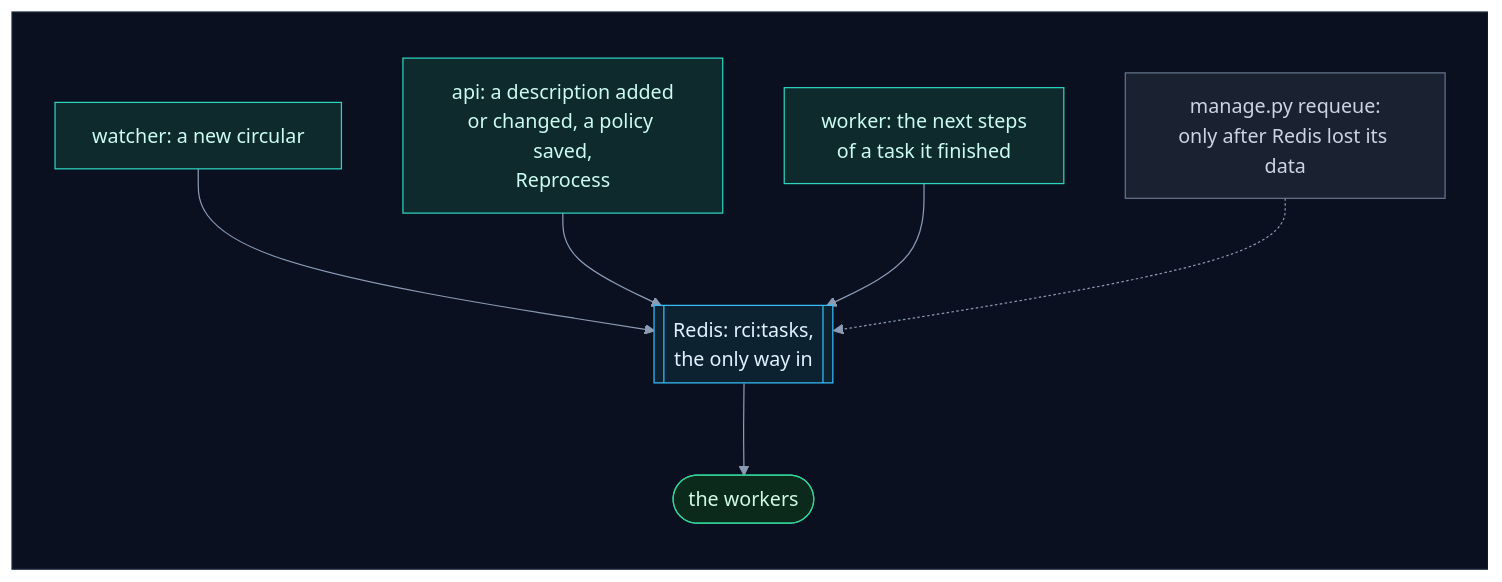
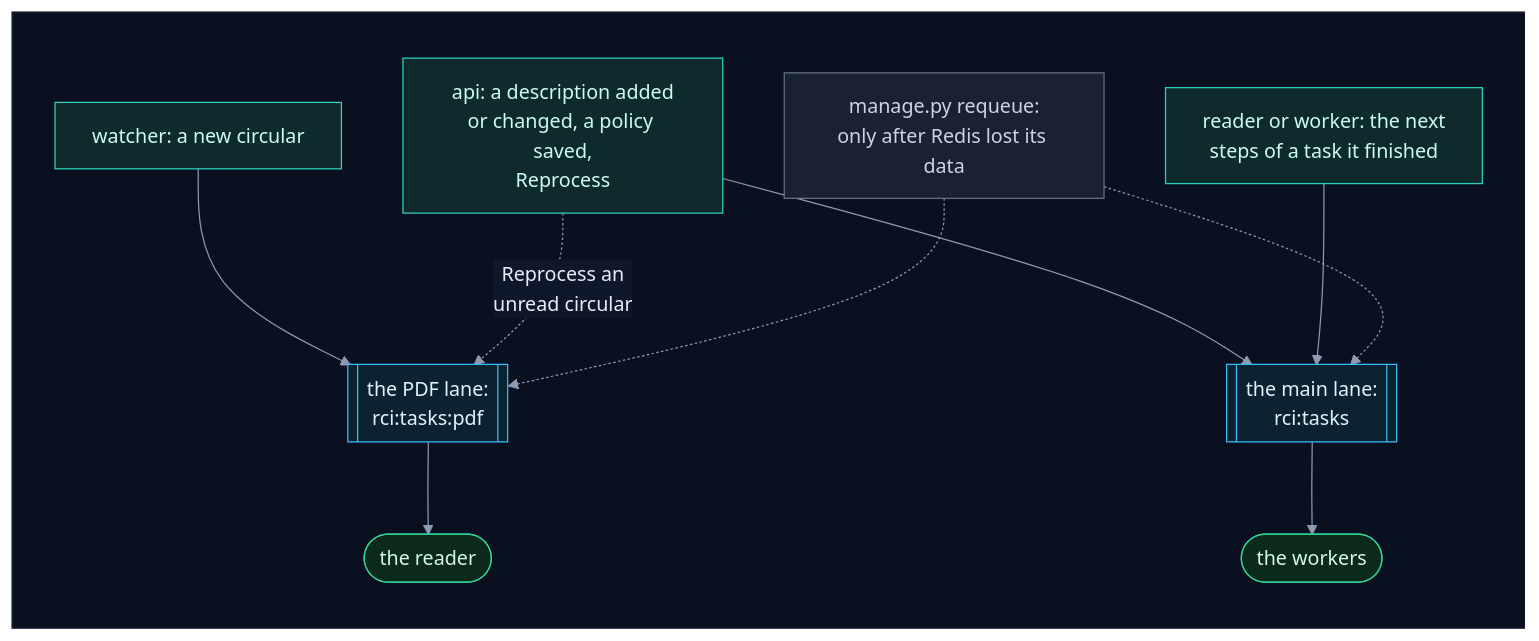
Before and after one commit to selvakumarperumal/Regulatory_Circular_Impact_Agent: diagram 22 of 45 in backend/worker/INTERNALS.md, drawn with Mermaid. The commit also changed other lines of this file and 7 other files, not shown here.

Commit message:
Document the PDF lane and the main lane

````diff
--- a/backend/worker/INTERNALS.md
+++ b/backend/worker/INTERNALS.md
@@ -1251,27 +1284,30 @@
 ```mermaid
 %%{init: {"theme": "base", "flowchart": {"diagramPadding": 0}, "themeVariables": {"darkMode": true, "primaryColor": "#16213a", "primaryTextColor": "#e6edf7", "primaryBorderColor": "#475a7a", "lineColor": "#8b9bb4", "secondaryColor": "#1b2436", "tertiaryColor": "#101a2e", "edgeLabelBackground": "#0f172a", "textColor": "#e2e8f0", "clusterBkg": "#0f1728", "clusterBorder": "#2b3a55", "titleColor": "#c4b5fd", "nodeTextColor": "#e6edf7"}}}%%
 flowchart TD
     subgraph canvas[" "]
         direction TB
-        w["watcher: a new circular"] --> q[["Redis: rci:tasks,<br/>the only way in"]]
-        a["api: a description added<br/>or changed, a policy saved,<br/>Reprocess"] --> q
-        k["worker: the next steps<br/>of a task it finished"] --> q
+        w["watcher: a new circular"] --> p[["the PDF lane:<br/>rci:tasks:pdf"]]
+        a["api: a description added<br/>or changed, a policy saved,<br/>Reprocess"] --> q[["the main lane:<br/>rci:tasks"]]
+        a -.->|"Reprocess an<br/>unread circular"| p
+        k["reader or worker: the next<br/>steps of a task it finished"] --> q
         m["manage.py requeue:<br/>only after Redis lost its data"] -.-> q
+        m -.-> p
+        p --> y(["the reader"])
         q --> x(["the workers"])
     end
     classDef svc fill:#0e2a2c,stroke:#2dd4bf,color:#ccfbf1
     classDef data fill:#1c1a47,stroke:#818cf8,color:#e0e7ff
     classDef ext fill:#2a1640,stroke:#c084fc,color:#f3e8ff
     classDef gpu fill:#2d1b0c,stroke:#fb923c,color:#ffedd5
     classDef ask fill:#2a2410,stroke:#fbbf24,color:#fef3c7
     classDef ok fill:#0b2a1c,stroke:#34d399,color:#d1fae5
     classDef bad fill:#2e0f17,stroke:#fb7185,color:#ffe4e6
     classDef start fill:#1c2a0e,stroke:#a7ef6f,color:#ecfccb
     classDef muted fill:#1a2130,stroke:#64748b,color:#cbd5e1
     classDef queue fill:#0c2231,stroke:#38bdf8,color:#e0f2fe
     class w,a,k svc
     class m muted
-    class q queue
-    class x ok
+    class p,q queue
+    class x,y ok
     style canvas fill:#0b1020,stroke:#1e293b,color:#0b1020
 ```
````
